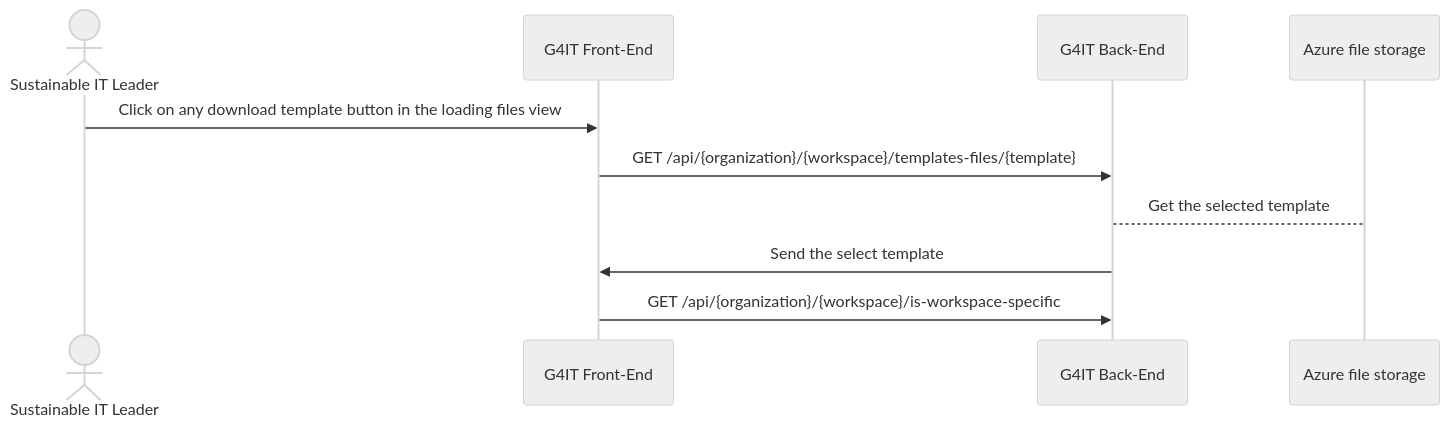
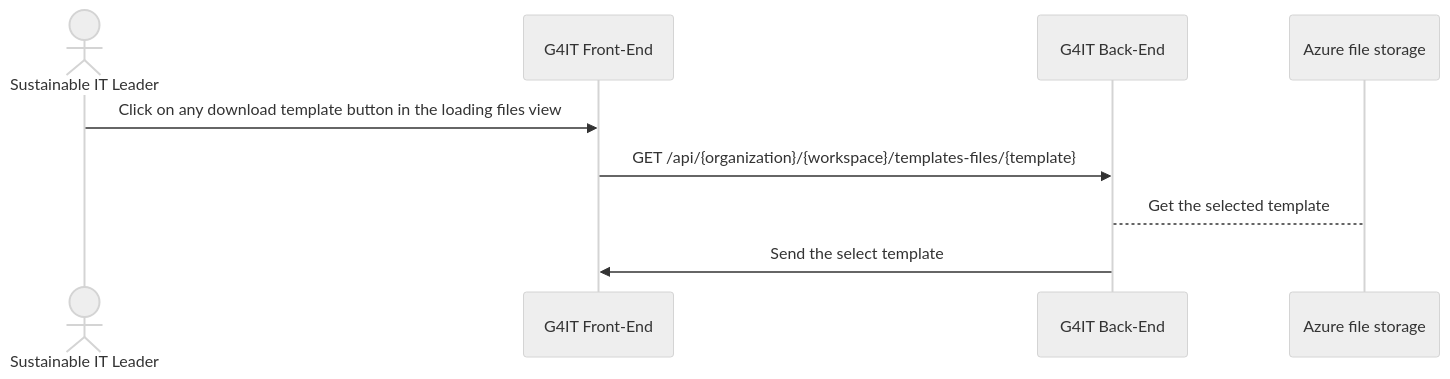
Before and after one commit to teamg4it/g4it: the fourth of 4 diagrams in services/documentation/content/2-functional-documentation/use_cases/uc_inventory/uc2_create_inventory.md, drawn with Mermaid (neutral theme). The commit also changed other lines of this file, not shown here.

```diff
--- a/services/documentation/content/2-functional-documentation/use_cases/uc_inventory/uc2_create_inventory.md
+++ b/services/documentation/content/2-functional-documentation/use_cases/uc_inventory/uc2_create_inventory.md
@@ -141,14 +141,13 @@
 {{< mermaid >}}
 sequenceDiagram
 actor RND as Sustainable IT Leader
 participant front as G4IT Front-End
 participant back as G4IT Back-End
 participant azure as Azure file storage
 
 RND ->> front: Click on any download template button in the loading files view
 front ->> back: GET /api/{organization}/{workspace}/templates-files/{template}
 back --> azure: Get the selected template
 back ->> front: Send the select template
-front ->> back: GET /api/{organization}/{workspace}/is-workspace-specific
 
 {{< /mermaid >}}
```
